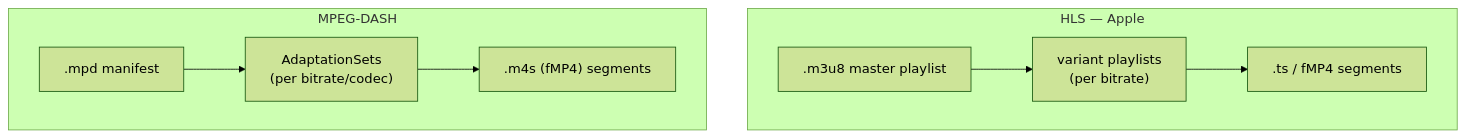
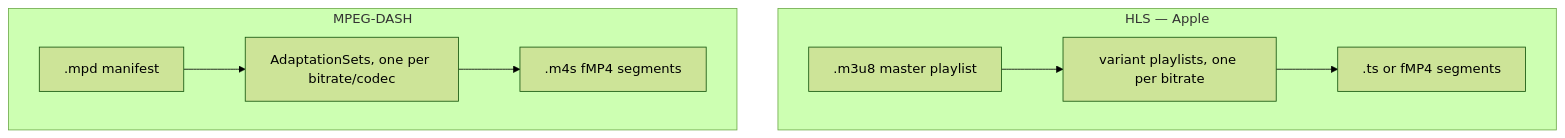
Before and after one commit to riyaz-pasha/Learnings: diagram 13 of 24 in system-design/HLD/0-course/26-Design YouTube-FAANG-Guide.md, drawn with Mermaid (forest theme). The commit also changed other lines of this file and 1 other file, not shown here.

Commit message:
docs: simplify language and clean up mermaid diagrams in YouTube design guide

````diff
--- a/system-design/HLD/0-course/26-Design YouTube-FAANG-Guide.md
+++ b/system-design/HLD/0-course/26-Design YouTube-FAANG-Guide.md
@@ -556,11 +652,15 @@
 ```mermaid
 flowchart TB
     subgraph HLS["HLS — Apple"]
-        M1[".m3u8 master playlist"] --> V1["variant playlists\n(per bitrate)"]
-        V1 --> S1[".ts / fMP4 segments"]
+        M1[".m3u8 master playlist"]
+        V1["variant playlists, one per bitrate"]
+        S1[".ts or fMP4 segments"]
+        M1 --> V1 --> S1
     end
     subgraph DASH["MPEG-DASH"]
-        M2[".mpd manifest"] --> V2["AdaptationSets\n(per bitrate/codec)"]
-        V2 --> S2[".m4s (fMP4) segments"]
+        M2[".mpd manifest"]
+        V2["AdaptationSets, one per bitrate/codec"]
+        S2[".m4s fMP4 segments"]
+        M2 --> V2 --> S2
     end
 ```
````
